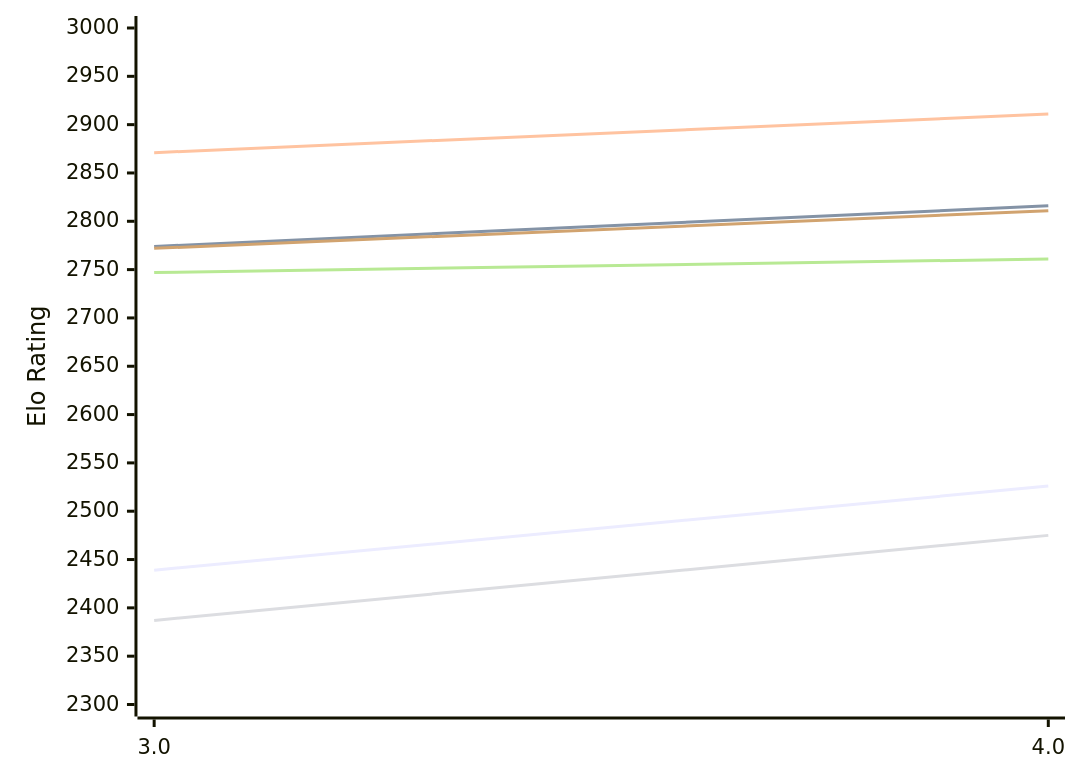
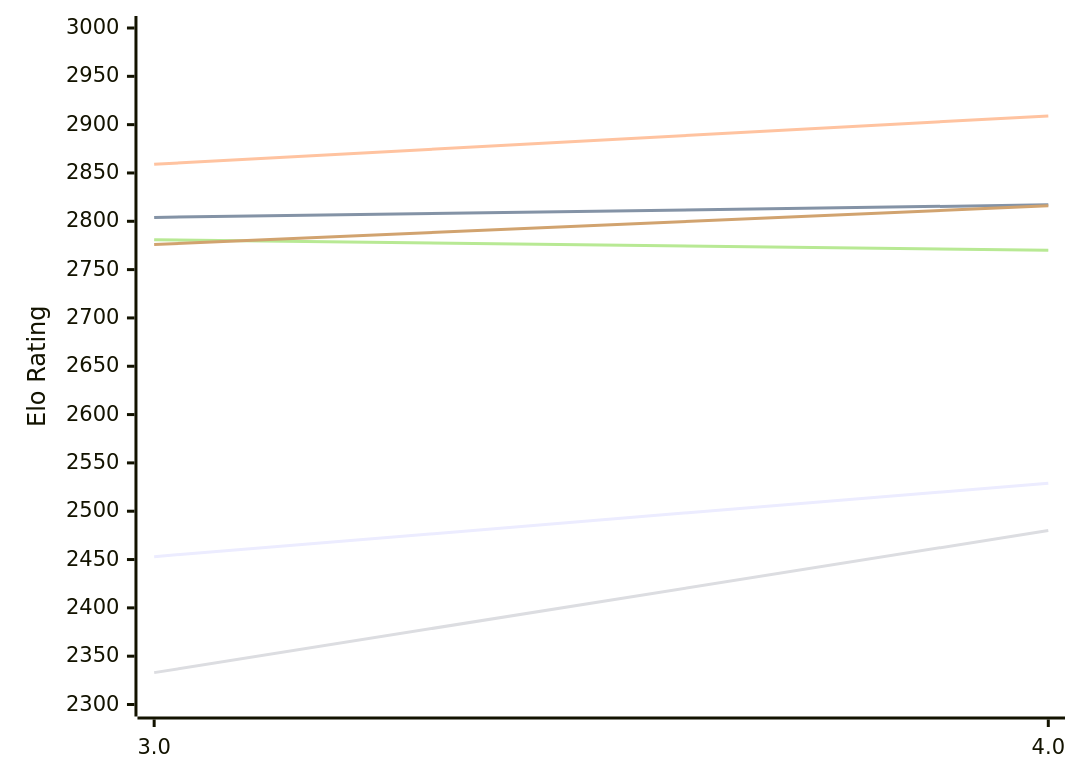
One commit to computer-chess-index/cci changed the first of 2 diagrams in engines/Chess3.md. Above: the diagram before and after it, drawn with Mermaid. The commit also changed other lines of this file, not shown here.

Commit message:
Update CCI Ratings (ELO VLTC) - 2026-11-17

````diff
--- a/engines/Chess3.md
+++ b/engines/Chess3.md
@@ -50,12 +50,12 @@
 ```mermaid
 %%{init: {"theme":"base","themeVariables":{"seriesColors:['#a3a3a3','#222221','#faa371']}}}%%
 xychart-beta
   x-axis ["3.0", "4.0"]
   y-axis "Elo Rating" 2300 --> 3000
-  line "E1: STC (8.0+0.08s)" [2439, 2526]
-  line "E1: LTC (60.0+0.60s)" [2774, 2816]
-  line "E1: VLTC (2m24s+1.12s)" [2871, 2911]
-  line "P1: STC (8.0+0.08s)" [2387, 2475]
-  line "P1: LTC (60.0+0.60s)" [2747, 2761]
-  line "P1: VLTC (2m24s+1.12s)" [2772, 2811]
+  line "E1: STC (8.0+0.08s)" [2453, 2529]
+  line "E1: LTC (60.0+0.60s)" [2804, 2817]
+  line "E1: VLTC (2m24s+1.12s)" [2859, 2909]
+  line "P1: STC (8.0+0.08s)" [2333, 2480]
+  line "P1: LTC (60.0+0.60s)" [2781, 2770]
+  line "P1: VLTC (2m24s+1.12s)" [2776, 2816]
 ```
````
